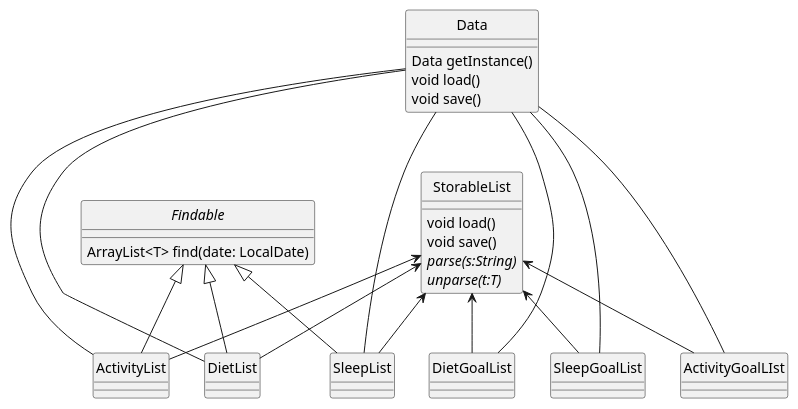
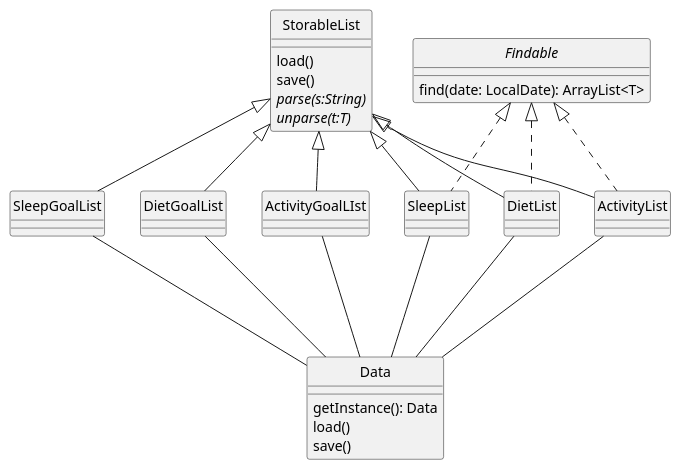
One commit to AY2324S1-CS2113-T17-1/tp changed the diagram in docs/puml/DataClassDiagram.puml. Above: the diagram before and after it, drawn with PlantUML. The commit also changed 5 other files, not shown here.

Commit message:
Replace errornous representation of function in class diagram

```diff
--- a/docs/puml/DataClassDiagram.puml
+++ b/docs/puml/DataClassDiagram.puml
@@ -1,53 +1,53 @@
 @startuml
 'https://plantuml.com/class-diagram
 hide circle
 
 
 class StorableList{
-    void load()
-    void save()
+    load()
+    save()
     {abstract} parse(s:String)
     {abstract} unparse(t:T)
 
 }
 
 class ActivityList{}
 class ActivityGoalLIst{}
 class DietList{}
 class DietGoalList{}
 class SleepList{}
 class SleepGoalList{
 
 }
 interface Findable{
-    ArrayList<T> find(date: LocalDate)
+    find(date: LocalDate): ArrayList<T>
 }
 class Data{
-    Data getInstance()
-    void load()
-    void save()
+    getInstance(): Data
+    load()
+    save()
 }
 
-Findable <|-- ActivityList
-Findable <|-- DietList
-Findable <|-- SleepList
+Findable <|.. ActivityList
+Findable <|.. DietList
+Findable <|.. SleepList
 
-StorableList <-- ActivityList
-StorableList <-- DietList
-StorableList <-- SleepList
-StorableList <-- ActivityGoalLIst
-StorableList <-- DietGoalList
-StorableList <-- SleepGoalList
+StorableList <|-- ActivityList
+StorableList <|-- DietList
+StorableList <|-- SleepList
+StorableList <|-- ActivityGoalLIst
+StorableList <|-- DietGoalList
+StorableList <|-- SleepGoalList
 
-Data --- ActivityList
-Data --- DietList
-Data --- SleepList
-Data --- ActivityGoalLIst
-Data --- DietGoalList
-Data --- SleepGoalList
+Data --u- ActivityList
+Data --u- DietList
+Data --u- SleepList
+Data --u- ActivityGoalLIst
+Data --u- DietGoalList
+Data --u- SleepGoalList
 
 
 
 
 
 @enduml
```
